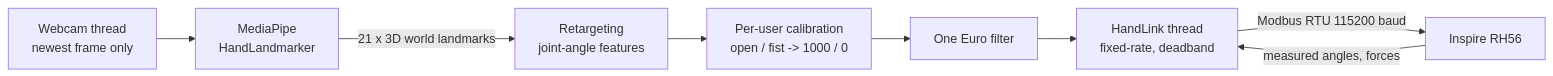
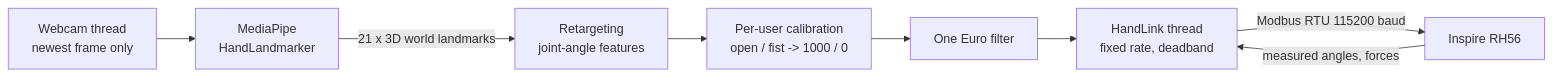
One commit to Airuxn/inspire-hand-teleop changed the diagram in README.md. Above: the diagram before and after it, drawn with Mermaid. The commit also changed other lines of this file and 11 other files, not shown here.

````diff
--- a/README.md
+++ b/README.md
@@ -19,10 +107,10 @@
 ```mermaid
 flowchart LR
     cam[Webcam thread<br/>newest frame only] --> mp[MediaPipe<br/>HandLandmarker]
     mp -->|21 x 3D world landmarks| ret[Retargeting<br/>joint-angle features]
     ret --> cal[Per-user calibration<br/>open / fist -> 1000 / 0]
     cal --> f[One Euro filter]
-    f --> link[HandLink thread<br/>fixed-rate, deadband]
+    f --> link[HandLink thread<br/>fixed rate, deadband]
     link -->|Modbus RTU 115200 baud| hand[Inspire RH56]
     hand -->|measured angles, forces| link
 ```
````
